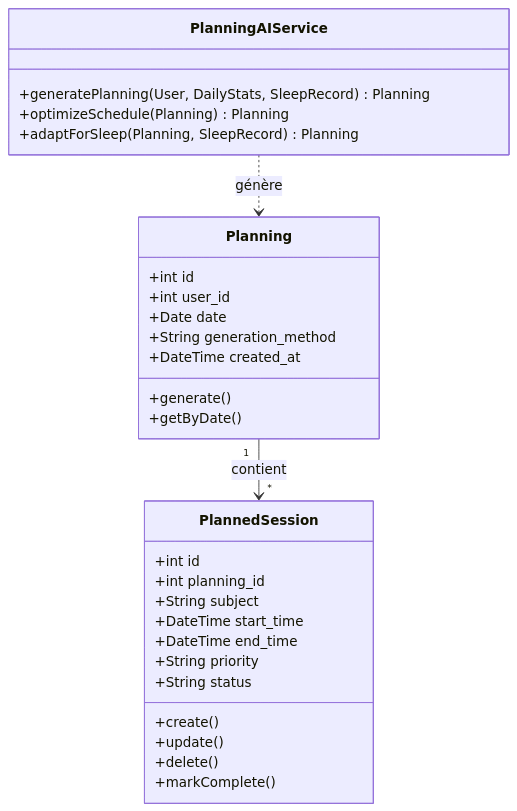
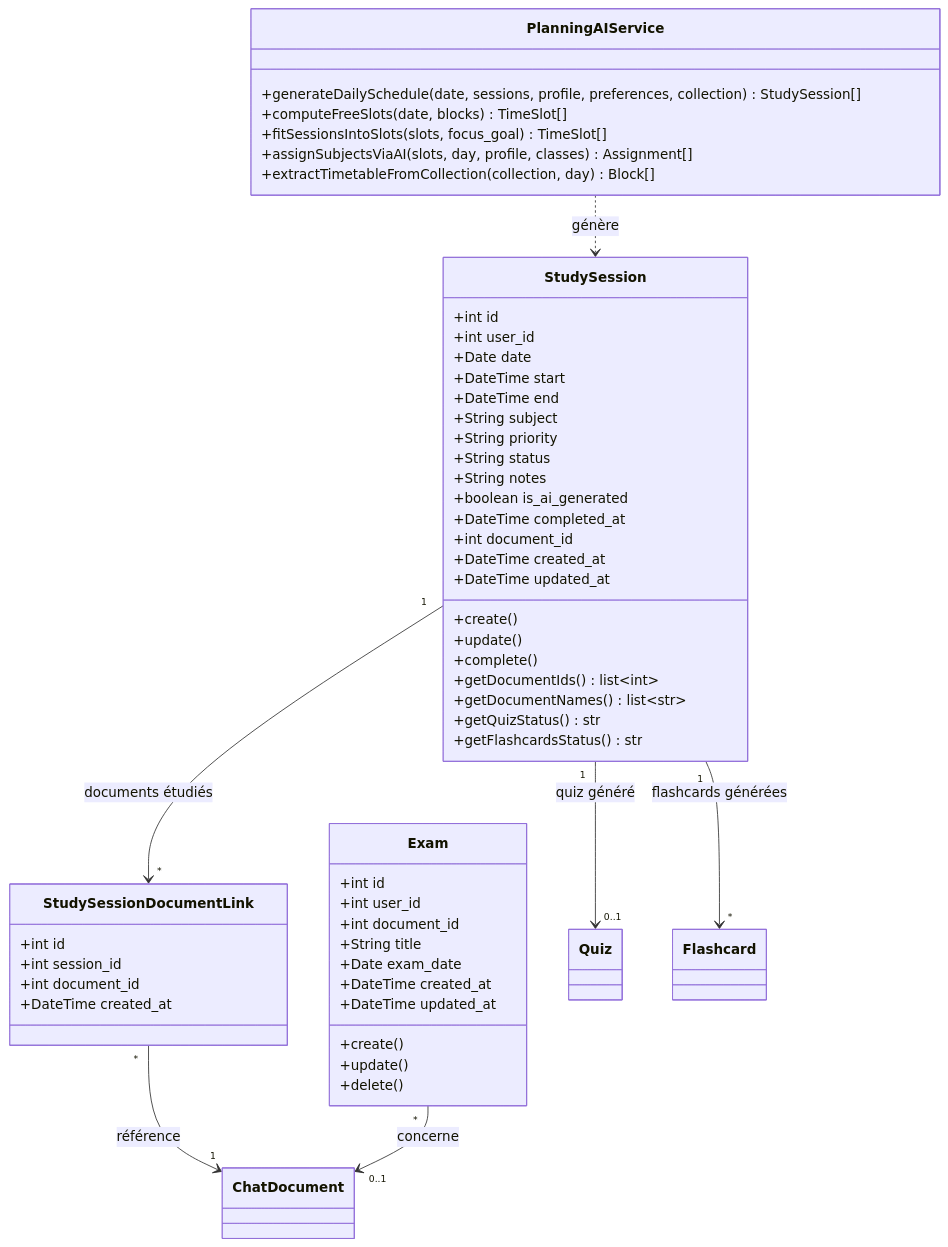
Before and after one commit to Jkacem/smart_focus: the fifth of 11 diagrams in docs/Conception_DiagrammeClasses.md, drawn with Mermaid. The commit also changed other lines of this file and 21 other files, not shown here.

````diff
--- a/docs/Conception_DiagrammeClasses.md
+++ b/docs/Conception_DiagrammeClasses.md
@@ -515,35 +618,61 @@
 ```mermaid
 classDiagram
-    class Planning {
+    class StudySession {
         +int id
         +int user_id
         +Date date
-        +String generation_method
+        +DateTime start
+        +DateTime end
+        +String subject
+        +String priority
+        +String status
+        +String notes
+        +boolean is_ai_generated
+        +DateTime completed_at
+        +int document_id
         +DateTime created_at
-        +generate()
-        +getByDate()
+        +DateTime updated_at
+        +create()
+        +update()
+        +complete()
+        +getDocumentIds() list~int~
+        +getDocumentNames() list~str~
+        +getQuizStatus() str
+        +getFlashcardsStatus() str
     }
 
-    class PlannedSession {
+    class Exam {
         +int id
-        +int planning_id
-        +String subject
-        +DateTime start_time
-        +DateTime end_time
-        +String priority
-        +String status
+        +int user_id
+        +int document_id
+        +String title
+        +Date exam_date
+        +DateTime created_at
+        +DateTime updated_at
         +create()
         +update()
         +delete()
-        +markComplete()
+    }
+
+    class StudySessionDocumentLink {
+        +int id
+        +int session_id
+        +int document_id
+        +DateTime created_at
     }
 
     class PlanningAIService {
-        +generatePlanning(User, DailyStats, SleepRecord) Planning
-        +optimizeSchedule(Planning) Planning
-        +adaptForSleep(Planning, SleepRecord) Planning
+        +generateDailySchedule(date, sessions, profile, preferences, collection) StudySession[]
+        +computeFreeSlots(date, blocks) TimeSlot[]
+        +fitSessionsIntoSlots(slots, focus_goal) TimeSlot[]
+        +assignSubjectsViaAI(slots, day, profile, classes) Assignment[]
+        +extractTimetableFromCollection(collection, day) Block[]
     }
 
-    Planning "1" --> "*" PlannedSession : contient
-    PlanningAIService ..> Planning : génère
+    StudySession "1" --> "*" StudySessionDocumentLink : documents étudiés
+    StudySessionDocumentLink "*" --> "1" ChatDocument : référence
+    StudySession "1" --> "0..1" Quiz : quiz généré
+    StudySession "1" --> "*" Flashcard : flashcards générées
+    Exam "*" --> "0..1" ChatDocument : concerne
+    PlanningAIService ..> StudySession : génère
 ```
````
